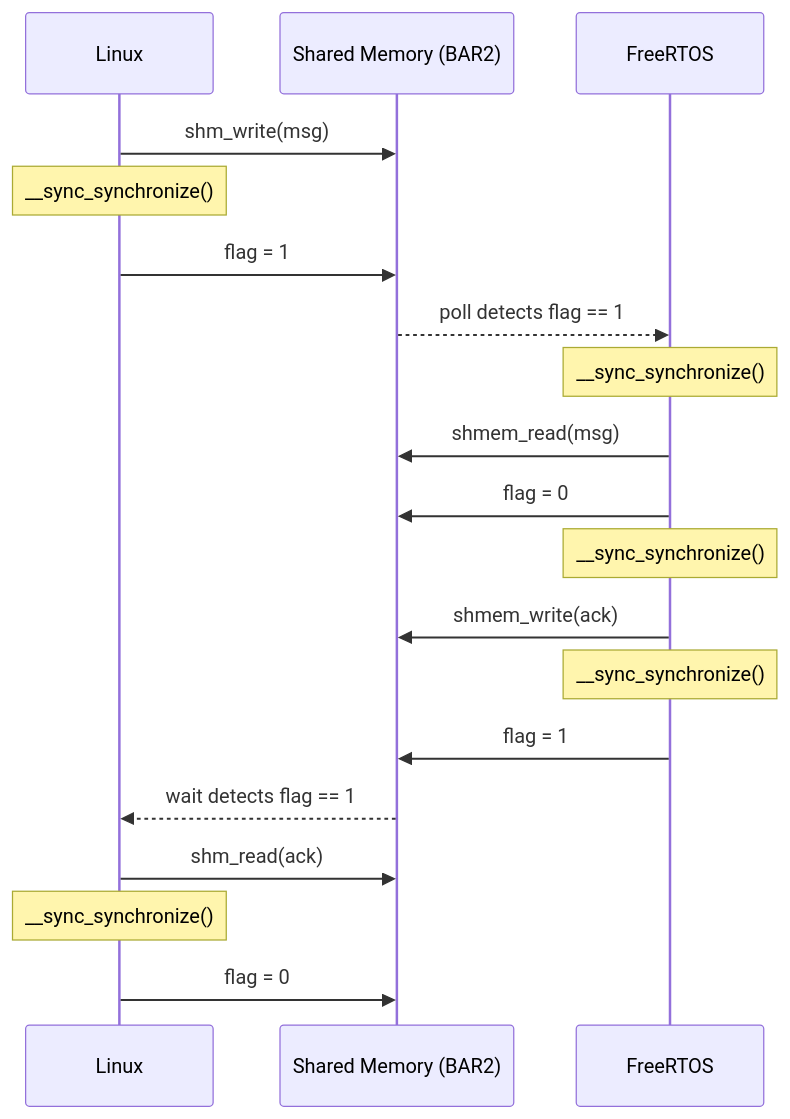
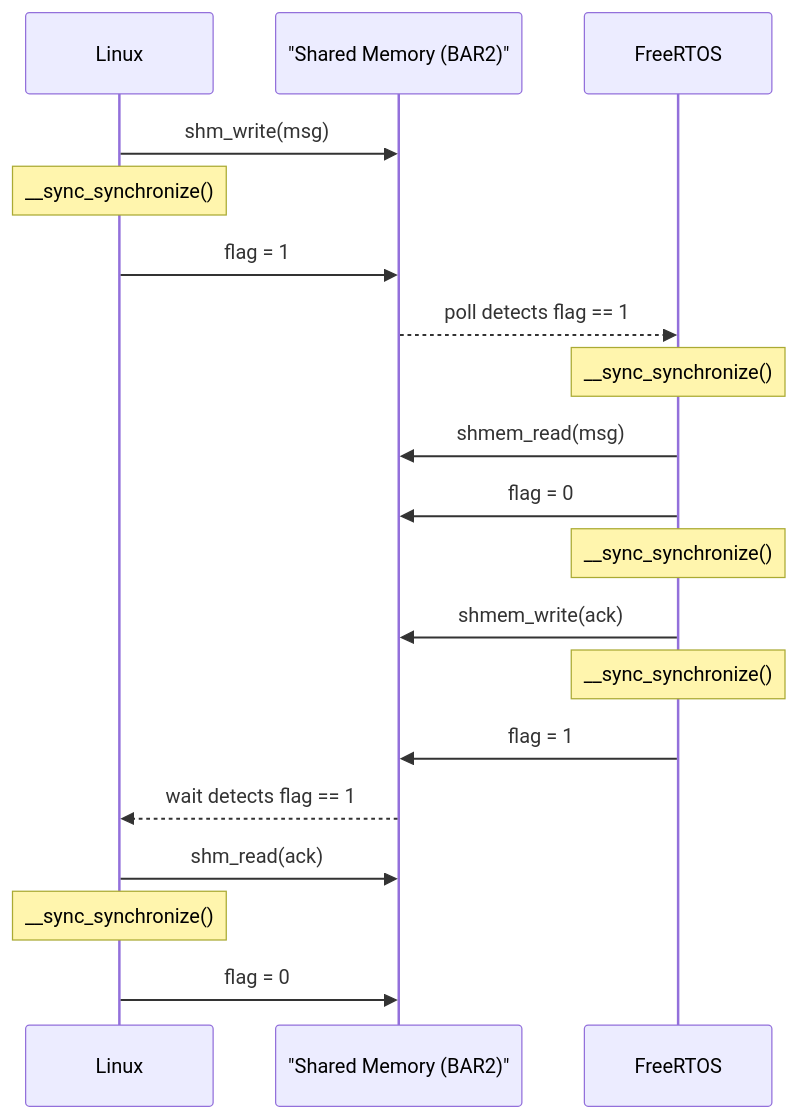
The first of 2 diagrams in README.md (yhsung/chimera), drawn with Mermaid before and after one commit. The commit also changed other lines of this file, not shown here.

First line of the commit message:
docs: fix Mermaid participant label quoting and special chars

````diff
--- a/README.md
+++ b/README.md
@@ -90,22 +90,22 @@
 ```mermaid
 sequenceDiagram
     participant L as Linux
-    participant S as Shared Memory (BAR2)
+    participant S as "Shared Memory (BAR2)"
     participant F as FreeRTOS
 
     L->>S: shm_write(msg)
     Note over L: __sync_synchronize()
     L->>S: flag = 1
     S-->>F: poll detects flag == 1
     Note over F: __sync_synchronize()
     F->>S: shmem_read(msg)
     F->>S: flag = 0
     Note over F: __sync_synchronize()
     F->>S: shmem_write(ack)
     Note over F: __sync_synchronize()
     F->>S: flag = 1
     S-->>L: wait detects flag == 1
     L->>S: shm_read(ack)
     Note over L: __sync_synchronize()
     L->>S: flag = 0
 ```
````
